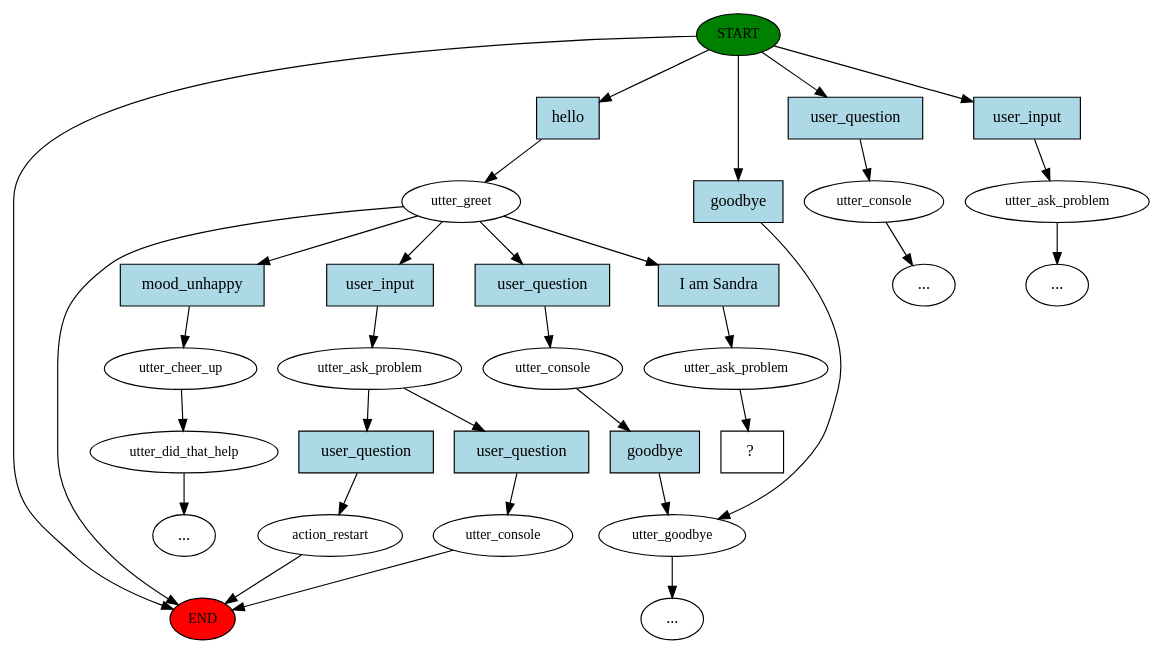
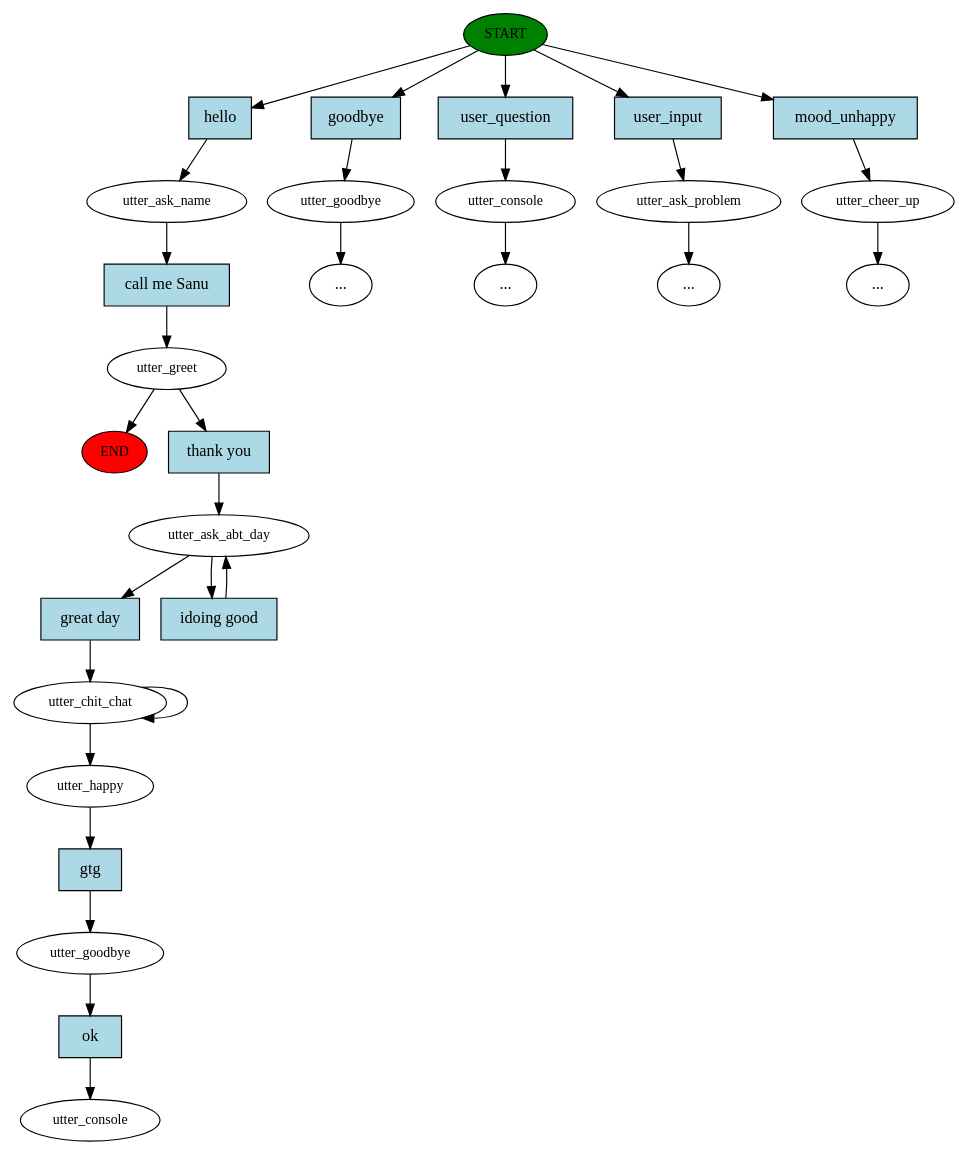
One commit to SandraAnildas/Quinn_Main_Project_2019 changed the diagram in story_graph.dot. Above: the diagram before and after it, drawn with Graphviz. The commit also changed 26 other files, not shown here.

```diff
--- a/story_graph.dot
+++ b/story_graph.dot
@@ -1,63 +1,59 @@
 digraph  {
 0 [class="start active", fillcolor=green, fontsize=12, label=START, style=filled];
 "-1" [class=end, fillcolor=red, fontsize=12, label=END, style=filled];
-1 [class=active, fontsize=12, label=utter_greet];
-2 [class="", fontsize=12, label=utter_goodbye];
-3 [class="", fontsize=12, label=utter_console];
-"-4" [class=ellipsis, label="..."];
-4 [class="", fontsize=12, label=utter_ask_problem];
+1 [class=active, fontsize=12, label=utter_ask_name];
+2 [class=active, fontsize=12, label=utter_greet];
+3 [class="", fontsize=12, label=utter_goodbye];
+"-3" [class=ellipsis, label="..."];
+4 [class="", fontsize=12, label=utter_console];
+5 [class="", fontsize=12, label=utter_ask_problem];
 6 [class="", fontsize=12, label=utter_cheer_up];
-7 [class="", fontsize=12, label=utter_did_that_help];
 "-6" [class=ellipsis, label="..."];
-"-7" [class=ellipsis, label="..."];
-10 [class="", fontsize=12, label=utter_ask_problem];
-11 [class="", fontsize=12, label=action_restart];
-14 [class="", fontsize=12, label=utter_console];
-16 [class="", fontsize=12, label=utter_console];
 "-8" [class=ellipsis, label="..."];
-19 [class=active, fontsize=12, label=utter_ask_problem];
-20 [class="intent dashed active", label="  ?  ", shape=rect];
-21 [class="intent active", fillcolor=lightblue, label=hello, shape=rect, style=filled];
-22 [class=intent, fillcolor=lightblue, label=goodbye, shape=rect, style=filled];
-23 [class=intent, fillcolor=lightblue, label=user_question, shape=rect, style=filled];
-24 [class=intent, fillcolor=lightblue, label=user_input, shape=rect, style=filled];
-25 [class=intent, fillcolor=lightblue, label=mood_unhappy, shape=rect, style=filled];
-26 [class=intent, fillcolor=lightblue, label=user_input, shape=rect, style=filled];
-27 [class=intent, fillcolor=lightblue, label=user_question, shape=rect, style=filled];
-28 [class="intent active", fillcolor=lightblue, label="I am Sandra", shape=rect, style=filled];
-29 [class=intent, fillcolor=lightblue, label=user_question, shape=rect, style=filled];
-30 [class=intent, fillcolor=lightblue, label=user_question, shape=rect, style=filled];
-31 [class=intent, fillcolor=lightblue, label=goodbye, shape=rect, style=filled];
-0 -> "-1"  [class="", key=NONE, label=""];
-0 -> 21  [class=active, key=0];
+"-9" [class=ellipsis, label="..."];
+12 [class=active, fontsize=12, label=utter_ask_abt_day];
+14 [class=active, fontsize=12, label=utter_chit_chat];
+16 [class=active, fontsize=12, label=utter_happy];
+17 [class=active, fontsize=12, label=utter_goodbye];
+18 [class="dashed active", fontsize=12, label=utter_console];
+19 [class="intent active", fillcolor=lightblue, label=hello, shape=rect, style=filled];
+20 [class=intent, fillcolor=lightblue, label=goodbye, shape=rect, style=filled];
+21 [class=intent, fillcolor=lightblue, label=user_question, shape=rect, style=filled];
+22 [class=intent, fillcolor=lightblue, label=user_input, shape=rect, style=filled];
+23 [class=intent, fillcolor=lightblue, label=mood_unhappy, shape=rect, style=filled];
+24 [class="intent active", fillcolor=lightblue, label="call me Sanu", shape=rect, style=filled];
+25 [class="intent active", fillcolor=lightblue, label="thank you", shape=rect, style=filled];
+26 [class="intent active", fillcolor=lightblue, label="great day", shape=rect, style=filled];
+27 [class="intent active", fillcolor=lightblue, label="idoing good", shape=rect, style=filled];
+28 [class="intent active", fillcolor=lightblue, label=gtg, shape=rect, style=filled];
+29 [class="intent active", fillcolor=lightblue, label=ok, shape=rect, style=filled];
+0 -> 19  [class=active, key=0];
+0 -> 20  [class="", key=0];
+0 -> 21  [class="", key=0];
 0 -> 22  [class="", key=0];
 0 -> 23  [class="", key=0];
-0 -> 24  [class="", key=0];
-1 -> "-1"  [class="", key=NONE, label=""];
-1 -> 25  [class="", key=0];
-1 -> 26  [class="", key=0];
-1 -> 27  [class="", key=0];
-1 -> 28  [class=active, key=0];
-2 -> "-8"  [class="", key=NONE, label=""];
-3 -> "-4"  [class="", key=NONE, label=""];
-4 -> "-7"  [class="", key=NONE, label=""];
-6 -> 7  [class="", key=NONE, label=""];
-7 -> "-6"  [class="", key=NONE, label=""];
-10 -> 29  [class="", key=0];
-10 -> 30  [class="", key=0];
-11 -> "-1"  [class="", key=NONE, label=""];
-14 -> "-1"  [class="", key=NONE, label=""];
-16 -> 31  [class="", key=0];
-19 -> 20  [class=active, key=NONE, label=""];
-21 -> 1  [class=active, key=0];
-22 -> 2  [class="", key=0];
-23 -> 3  [class="", key=0];
-24 -> 4  [class="", key=0];
-25 -> 6  [class="", key=0];
-26 -> 10  [class="", key=0];
-27 -> 16  [class="", key=0];
-28 -> 19  [class=active, key=0];
-29 -> 11  [class="", key=0];
-30 -> 14  [class="", key=0];
-31 -> 2  [class="", key=0];
+1 -> 24  [class=active, key=0];
+2 -> "-1"  [class="", key=NONE, label=""];
+2 -> 25  [class=active, key=0];
+3 -> "-3"  [class="", key=NONE, label=""];
+4 -> "-9"  [class="", key=NONE, label=""];
+5 -> "-8"  [class="", key=NONE, label=""];
+6 -> "-6"  [class="", key=NONE, label=""];
+12 -> 26  [class=active, key=0];
+12 -> 27  [class=active, key=0];
+14 -> 16  [class=active, key=NONE, label=""];
+14 -> 14  [class=active, key=NONE, label=""];
+16 -> 28  [class=active, key=0];
+17 -> 29  [class=active, key=0];
+19 -> 1  [class=active, key=0];
+20 -> 3  [class="", key=0];
+21 -> 4  [class="", key=0];
+22 -> 5  [class="", key=0];
+23 -> 6  [class="", key=0];
+24 -> 2  [class=active, key=0];
+25 -> 12  [class=active, key=0];
+26 -> 14  [class=active, key=0];
+27 -> 12  [class=active, key=0];
+28 -> 17  [class=active, key=0];
+29 -> 18  [class=active, key=0];
 }
```
